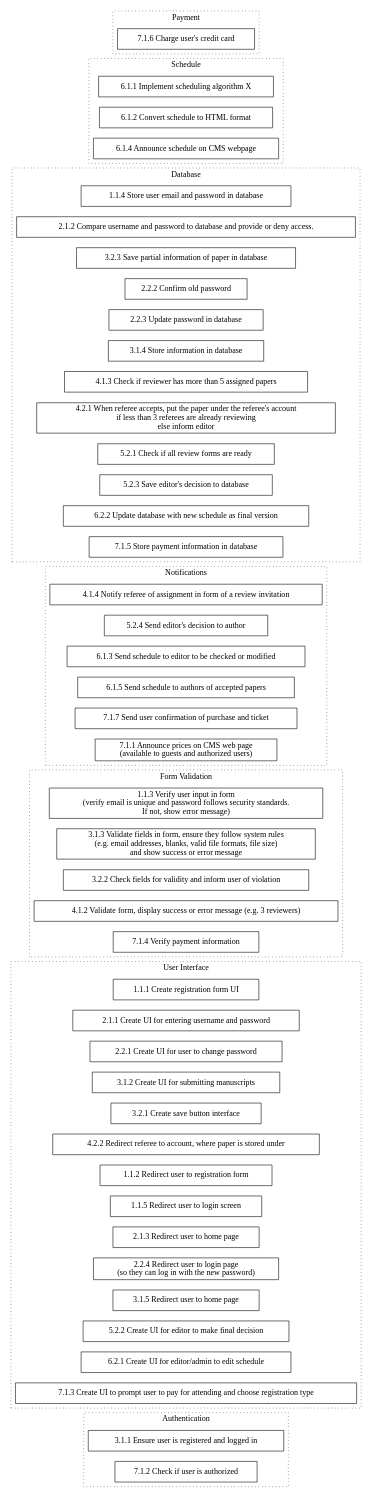
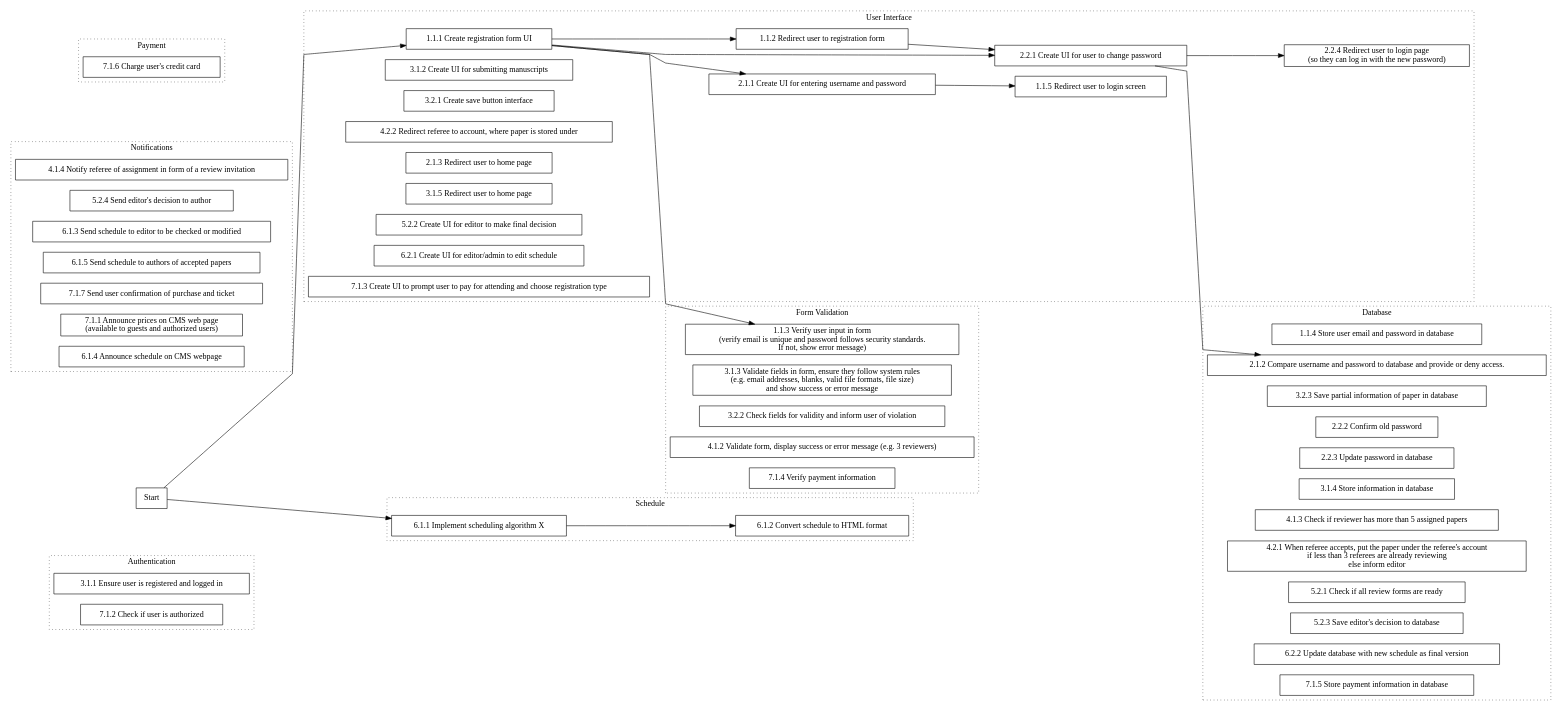
Before and after one commit to Arunscape/ECE493: the diagram in lab/lab2/network.dot, drawn with Graphviz. The commit also changed 1 other file, not shown here.

```diff
--- a/lab/lab2/network.dot
+++ b/lab/lab2/network.dot
@@ -1,85 +1,95 @@
 digraph {
     rankdir=LR;
     node [ shape=rect ]
+    splines=polyline
 
 
     subgraph cluster_authentication {
         graph[style=dotted]
         label="Authentication"
         311 [label="3.1.1 Ensure user is registered and logged in"]
         712 [label="7.1.2 Check if user is authorized"]
     }
 
     subgraph cluster_ui {
         graph[style=dotted]
         label="User Interface"
         111 [label="1.1.1 Create registration form UI"]
         211 [label="2.1.1 Create UI for entering username and password"]
         221 [label="2.2.1 Create UI for user to change password"]
         312 [label="3.1.2 Create UI for submitting manuscripts"]
         321 [label="3.2.1 Create save button interface"]
         411 [label="4.1.1 Create UI for editor to assign referees to submitted papers\nusing referees' email addresses"]
         112 [label="1.1.2 Redirect user to registration form"]
         115 [label="1.1.5 Redirect user to login screen"]
         213 [label="2.1.3 Redirect user to home page"]
         224 [label="2.2.4 Redirect user to login page\n(so they can log in with the new password)"]
         315 [label="3.1.5 Redirect user to home page"]
         411 [label="4.2.2 Redirect referee to account, where paper is stored under"]
         522 [label="5.2.2 Create UI for editor to make final decision"]
         621 [label="6.2.1 Create UI for editor/admin to edit schedule"]
         713 [label="7.1.3 Create UI to prompt user to pay for attending and choose registration type"]
     }
 
     subgraph cluster_formvalidation {
         graph[style=dotted]
         label="Form Validation"
         113 [label="1.1.3 Verify user input in form\n(verify email is unique and password follows security standards.\nIf not, show error message)"]
         313 [label="3.1.3 Validate fields in form, ensure they follow system rules\n(e.g. email addresses, blanks, valid file formats, file size)\nand show success or error message"]
         322 [label="3.2.2 Check fields for validity and inform user of violation"]
         412 [label="4.1.2 Validate form, display success or error message (e.g. 3 reviewers)"]
-    714 [label="7.1.4 Verify payment information"]
+        714 [label="7.1.4 Verify payment information"]
     }
 
     subgraph cluster_notification {
         graph[style=dotted]
         label="Notifications"
         414 [label="4.1.4 Notify referee of assignment in form of a review invitation"]
         524 [label="5.2.4 Send editor's decision to author"]
         613 [label="6.1.3 Send schedule to editor to be checked or modified"]
         615 [label="6.1.5 Send schedule to authors of accepted papers"]
         717 [label="7.1.7 Send user confirmation of purchase and ticket"]
         711 [label="7.1.1 Announce prices on CMS web page\n(available to guests and authorized users)"]
+        614 [label="6.1.4 Announce schedule on CMS webpage"]
     }
 
     subgraph cluster_database {
         graph[style=dotted]
         label="Database"
         114 [label="1.1.4 Store user email and password in database"]
         212 [label="2.1.2 Compare username and password to database and provide or deny access."]
         323 [label="3.2.3 Save partial information of paper in database"]
         222 [label="2.2.2 Confirm old password"]
         223 [label="2.2.3 Update password in database"]
         314 [label="3.1.4 Store information in database"]
         413 [label="4.1.3 Check if reviewer has more than 5 assigned papers"]
         421 [label="4.2.1 When referee accepts, put the paper under the referee's account\nif less than 3 referees are already reviewing\nelse inform editor"]
         521 [label="5.2.1 Check if all review forms are ready"]
         523 [label="5.2.3 Save editor's decision to database"]
         622 [label="6.2.2 Update database with new schedule as final version"]
         715 [label="7.1.5 Store payment information in database"]
     }
 
     subgraph cluster_schedule {
         graph[style=dotted]
         label="Schedule"
         611 [label="6.1.1 Implement scheduling algorithm X"]
         612 [label="6.1.2 Convert schedule to HTML format"]
-        614 [label="6.1.4 Announce schedule on CMS webpage"]
     }
 
     subgraph cluster_payment {
         graph[style=dotted]
         label="Payment"
         716 [label="7.1.6 Charge user's credit card"]
     }
 
+    Start -> 611 -> 612
+    Start -> 111 -> 112
+    111 -> 221
+    112 -> 221 -> 224
+    211 -> 115
+    111 -> 211
+    221 -> 212
+    111 -> 113
+
 }
```
